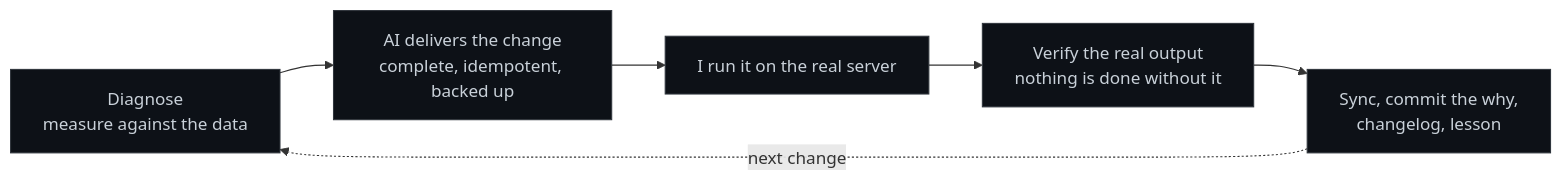
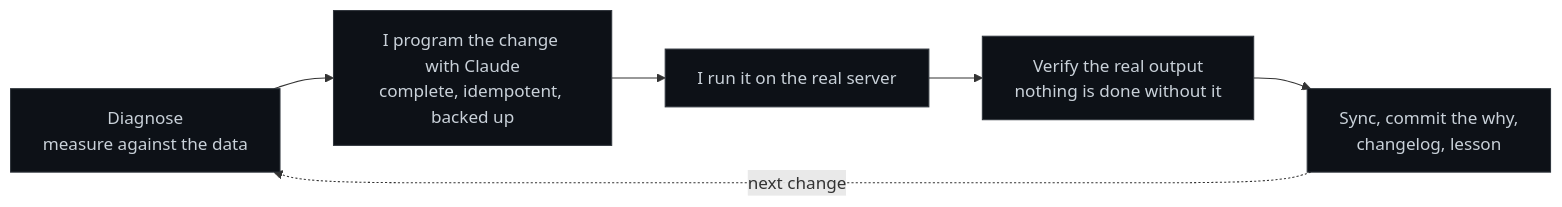
Before and after one commit to miguelmoga2002-alt/market-intelligence-agent: the fourth of 4 diagrams in README.md, drawn with Mermaid. The commit also changed other lines of this file, not shown here.

First line of the commit message:
README: I orchestrate the system and program it with Claude; the family business is an extra use

````diff
--- a/README.md
+++ b/README.md
@@ -213,10 +213,10 @@
 ```mermaid
 flowchart LR
-    D["Diagnose<br/>measure against the data"] --> C["AI delivers the change<br/>complete, idempotent, backed up"]
+    D["Diagnose<br/>measure against the data"] --> C["I program the change with Claude<br/>complete, idempotent, backed up"]
     C --> X["I run it on the real server"]
     X --> V["Verify the real output<br/>nothing is done without it"]
     V --> W["Sync, commit the why,<br/>changelog, lesson"]
     W -. next change .-> D
     classDef s fill:#0d1117,stroke:#30363d,color:#c9d1d9;
     class D,C,X,V,W s;
 ```
````
